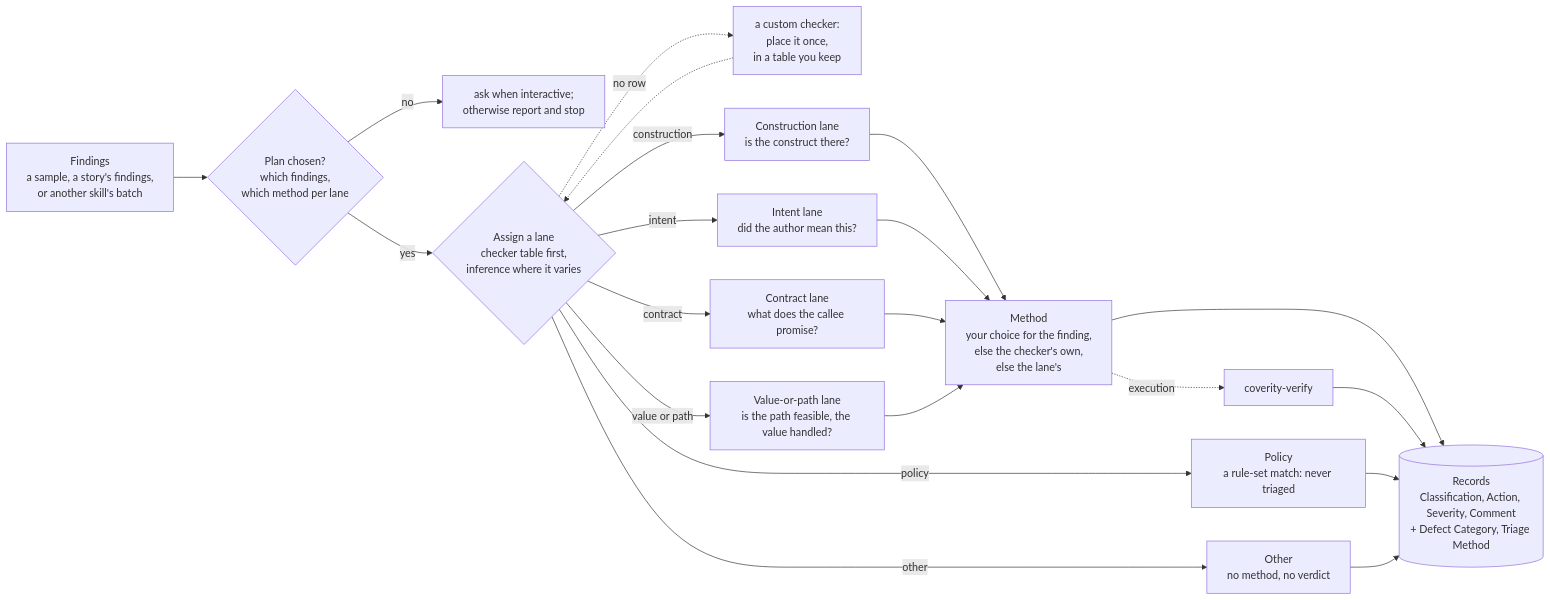
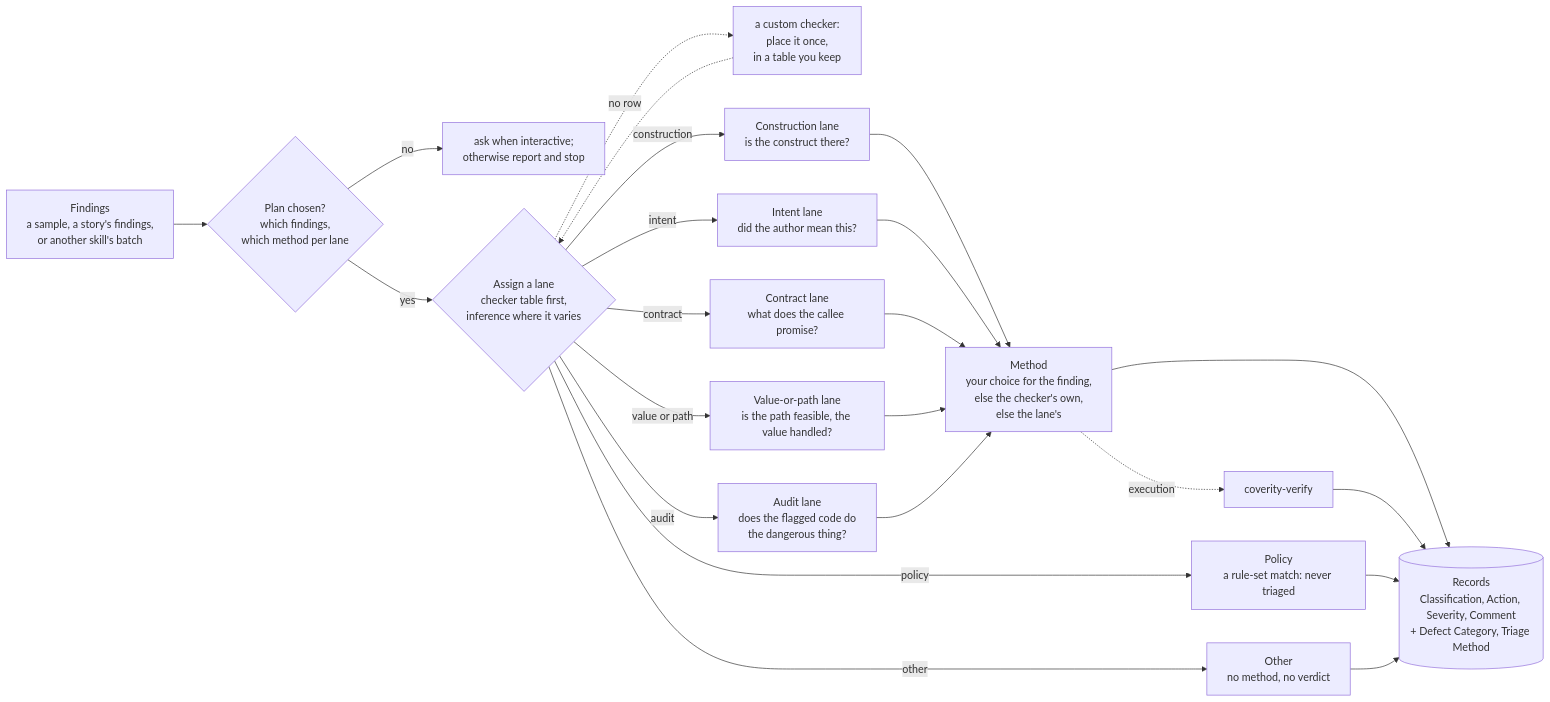
One commit to edtice-goog/CoveritySkills changed the third of 10 diagrams in USE-CASES.md. Above: the diagram before and after it, drawn with Mermaid. The commit also changed other lines of this file and 1 other file, not shown here.

First line of the commit message:
USE-CASES, README: triage runs in seven lanes, with Audit

````diff
--- a/USE-CASES.md
+++ b/USE-CASES.md
@@ -88,18 +88,19 @@
 ```mermaid
 flowchart LR
     IN["Findings<br/>a sample, a story's findings,<br/>or another skill's batch"] --> P{"Plan chosen?<br/>which findings,<br/>which method per lane"}
     P -->|"no"| Q["ask when interactive;<br/>otherwise report and stop"]
     P -->|"yes"| A{"Assign a lane<br/>checker table first,<br/>inference where it varies"}
     A -.->|"no row"| PC["a custom checker:<br/>place it once,<br/>in a table you keep"]
     PC -.-> A
     A -->|"construction"| L1["Construction lane<br/>is the construct there?"]
     A -->|"intent"| LI["Intent lane<br/>did the author mean this?"]
     A -->|"contract"| L2["Contract lane<br/>what does the callee promise?"]
     A -->|"value or path"| L3["Value-or-path lane<br/>is the path feasible, the value handled?"]
+    A -->|"audit"| AU["Audit lane<br/>does the flagged code do<br/>the dangerous thing?"]
     A -->|"policy"| PO["Policy<br/>a rule-set match: never triaged"]
     A -->|"other"| O["Other<br/>no method, no verdict"]
-    L1 & LI & L2 & L3 --> M["Method<br/>your choice for the finding,<br/>else the checker's own,<br/>else the lane's"]
+    L1 & LI & L2 & L3 & AU --> M["Method<br/>your choice for the finding,<br/>else the checker's own,<br/>else the lane's"]
     M -.->|"execution"| VE["coverity-verify"]
     M & VE --> R[("Records<br/>Classification, Action, Severity, Comment<br/>+ Defect Category, Triage Method")]
     PO & O --> R
 ```
````
